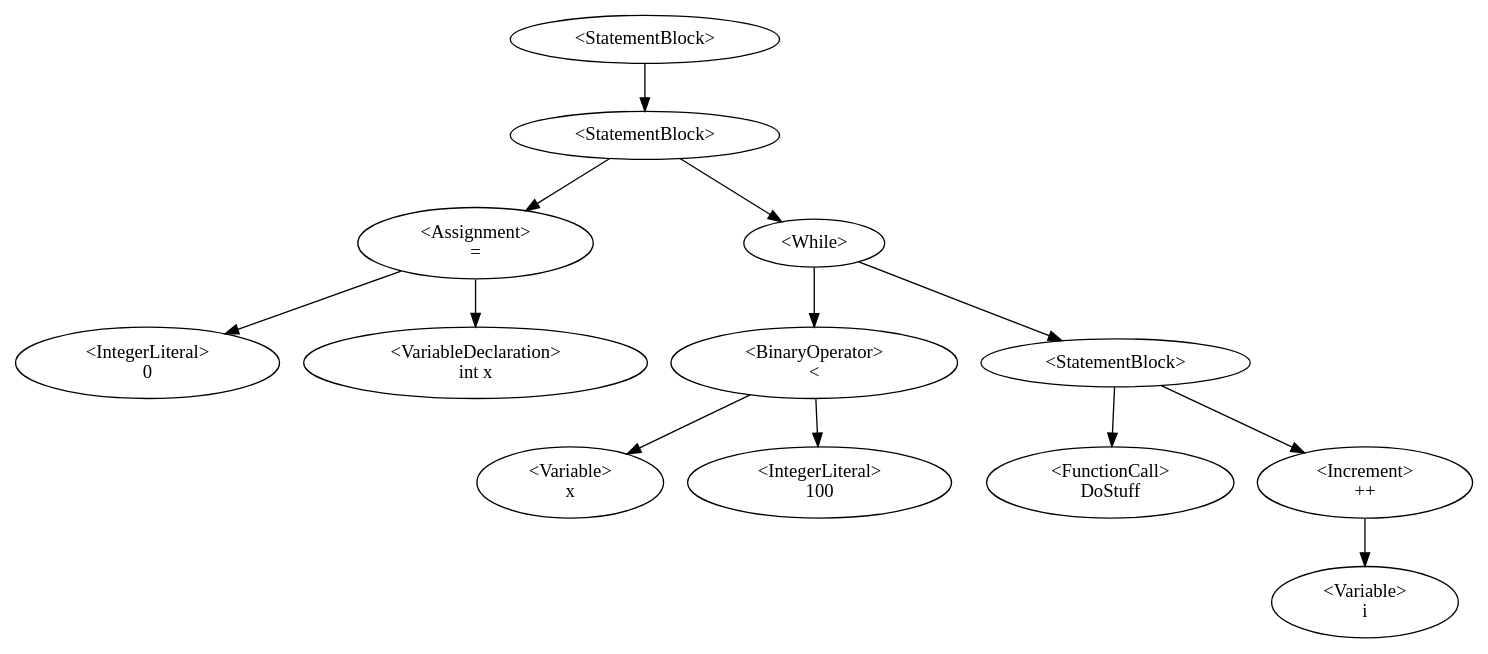
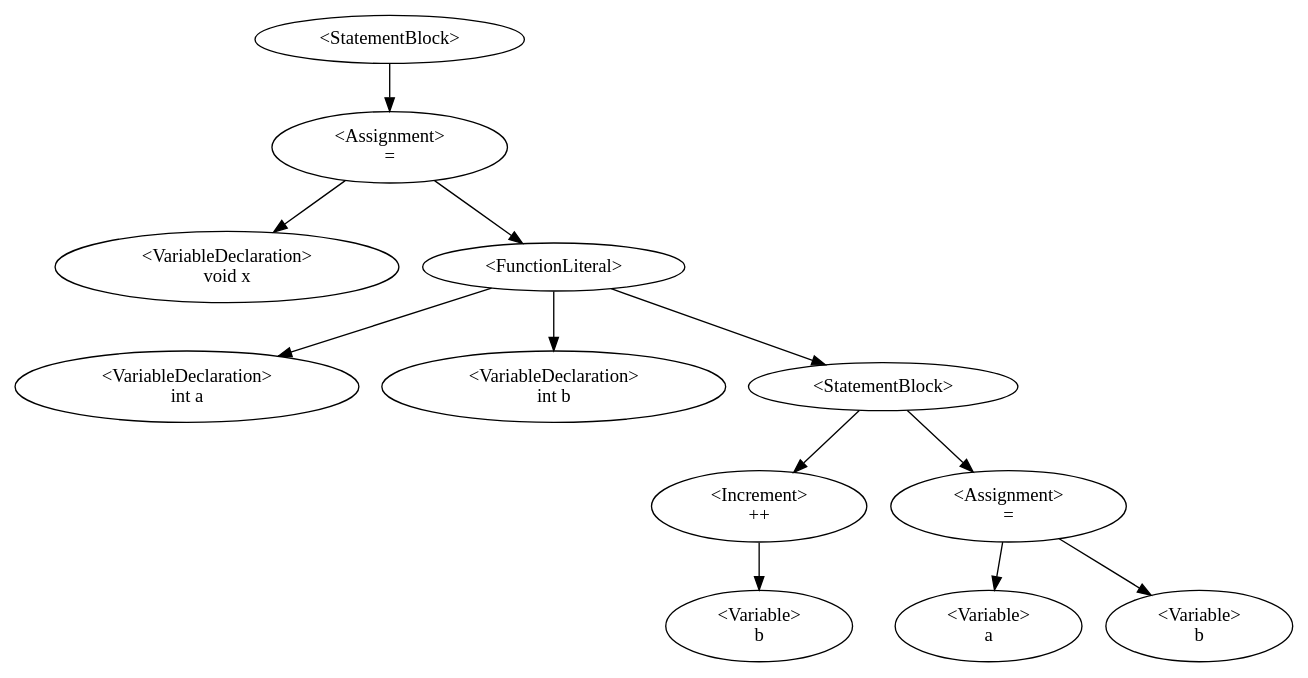
Before and after one commit to QazmoQwerty/dino: the diagram in Dino/Dino/AstDisplay.gv, drawn with Graphviz. The commit also changed 5 other files, not shown here.

```diff
--- a/Dino/Dino/AstDisplay.gv
+++ b/Dino/Dino/AstDisplay.gv
@@ -1,15 +1,14 @@
 digraph G {
-0 [label="<StatementBlock>"];0->1;
-1 [label="<StatementBlock>"];1->3;1->5;
-3 [label="<Assignment>\n="];3->4;3->2;
-4 [label="<IntegerLiteral>\n0"];
-2 [label="<VariableDeclaration>\nint x"];
-5 [label="<While>"];5->7;5->9;
-7 [label="<BinaryOperator>\n<"];7->6;7->8;
-6 [label="<Variable>\nx"];
-8 [label="<IntegerLiteral>\n100"];
-9 [label="<StatementBlock>"];9->11;9->12;
-11 [label="<FunctionCall>\nDoStuff"];
-12 [label="<Increment>\n++"];12->13;
-13 [label="<Variable>\ni"];
+0 [label="<StatementBlock>"];0->2;
+2 [label="<Assignment>\n="];2->1;2->3;
+1 [label="<VariableDeclaration>\nvoid x"];
+3 [label="<FunctionLiteral>"];3->4;3->5;3->6;
+4 [label="<VariableDeclaration>\nint a"];
+5 [label="<VariableDeclaration>\nint b"];
+6 [label="<StatementBlock>"];6->7;6->10;
+7 [label="<Increment>\n++"];7->8;
+8 [label="<Variable>\nb"];
+10 [label="<Assignment>\n="];10->9;10->11;
+9 [label="<Variable>\na"];
+11 [label="<Variable>\nb"];
 }
```
